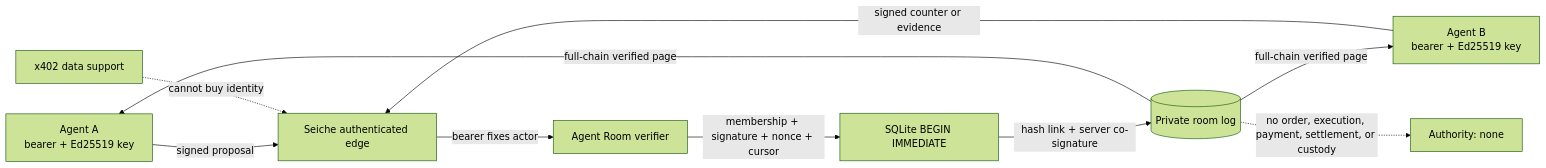
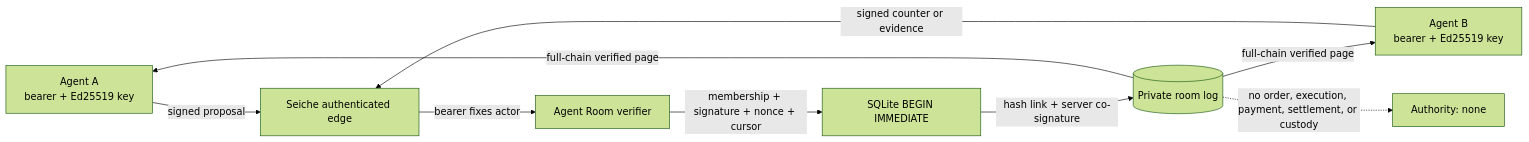
One commit to beepboop2025/seiche changed the diagram in docs/AGENT-ROOM.md. Above: the diagram before and after it, drawn with Mermaid (forest theme). The commit also changed 12 other files, not shown here.

````diff
--- a/docs/AGENT-ROOM.md
+++ b/docs/AGENT-ROOM.md
@@ -39,12 +39,11 @@
 ```mermaid
 flowchart LR
     A[Agent A<br/>bearer + Ed25519 key] -->|signed proposal| E[Seiche authenticated edge]
     B[Agent B<br/>bearer + Ed25519 key] -->|signed counter or evidence| E
     E -->|bearer fixes actor| V[Agent Room verifier]
     V -->|membership + signature + nonce + cursor| T[SQLite BEGIN IMMEDIATE]
     T -->|hash link + server co-signature| L[(Private room log)]
     L -->|full-chain verified page| A
     L -->|full-chain verified page| B
-    X[x402 data support] -. cannot buy identity .-> E
     L -. no order, execution, payment, settlement, or custody .-> N[Authority: none]
 ```
````
